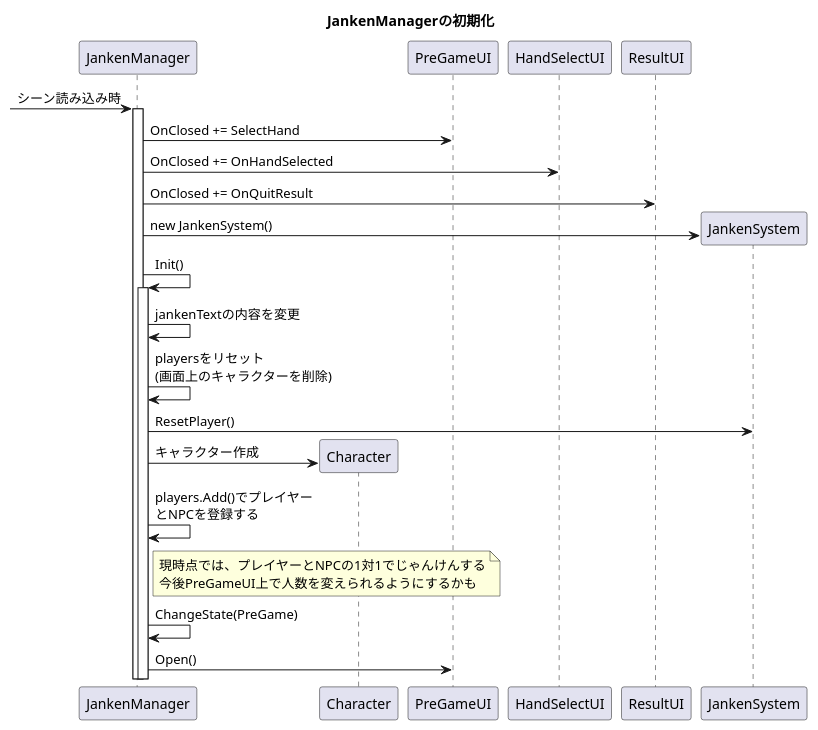
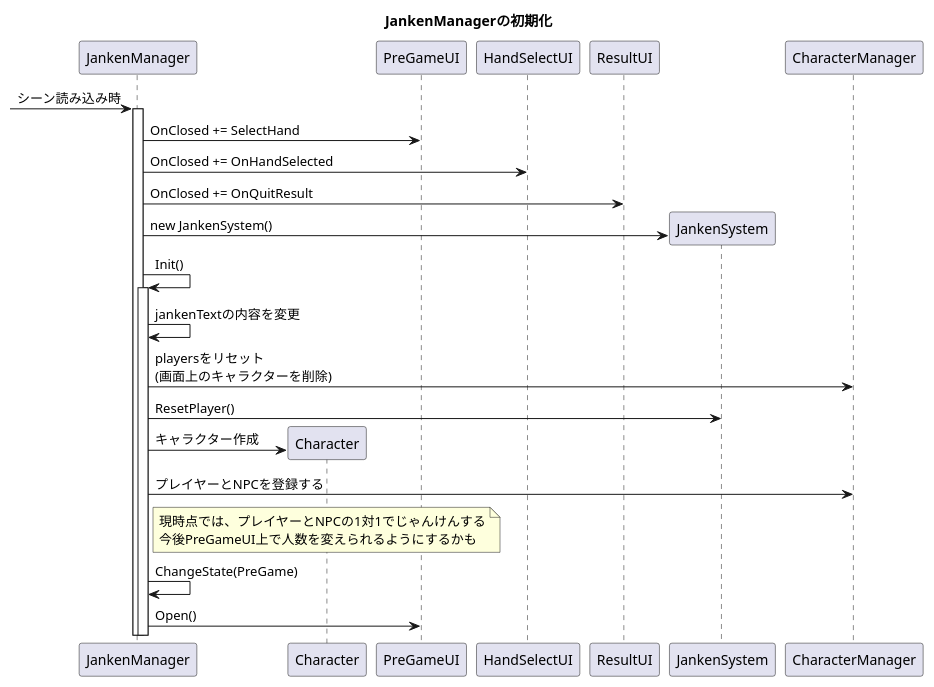
The fifth of 11 diagrams in UML/Sequence/GameSequence.wsd (doragonn777/Minigames), drawn with PlantUML before and after one commit. The commit also changed other lines of this file and 1 other file, not shown here.

```diff
--- a/UML/Sequence/GameSequence.wsd
+++ b/UML/Sequence/GameSequence.wsd
@@ -83,38 +83,38 @@
 @startuml
 participant JankenManager
 participant Character
 participant PreGameUI
 participant HandSelectUI
 participant ResultUI
 title JankenManagerの初期化
 
 -> JankenManager : シーン読み込み時
 activate JankenManager
 
 JankenManager -> PreGameUI : OnClosed += SelectHand
 JankenManager -> HandSelectUI : OnClosed += OnHandSelected
 JankenManager -> ResultUI : OnClosed += OnQuitResult
 JankenManager -> JankenSystem ** : new JankenSystem()
 
 autoactivate on
 
 JankenManager -> JankenManager : Init()
 
 autoactivate off
 
 JankenManager -> JankenManager : jankenTextの内容を変更
 
-JankenManager -> JankenManager : playersをリセット\n(画面上のキャラクターを削除)
+JankenManager -> CharacterManager : playersをリセット\n(画面上のキャラクターを削除)
 
 JankenManager -> JankenSystem : ResetPlayer()
 
 JankenManager -> Character ** : キャラクター作成
 
-JankenManager -> JankenManager : players.Add()でプレイヤー\nとNPCを登録する
+JankenManager -> CharacterManager : プレイヤーとNPCを登録する
 
 note right of JankenManager : 現時点では、プレイヤーとNPCの1対1でじゃんけんする\n今後PreGameUI上で人数を変えられるようにするかも
 
 JankenManager -> JankenManager : ChangeState(PreGame)
 
 JankenManager -> PreGameUI : Open()
 @enduml
```
